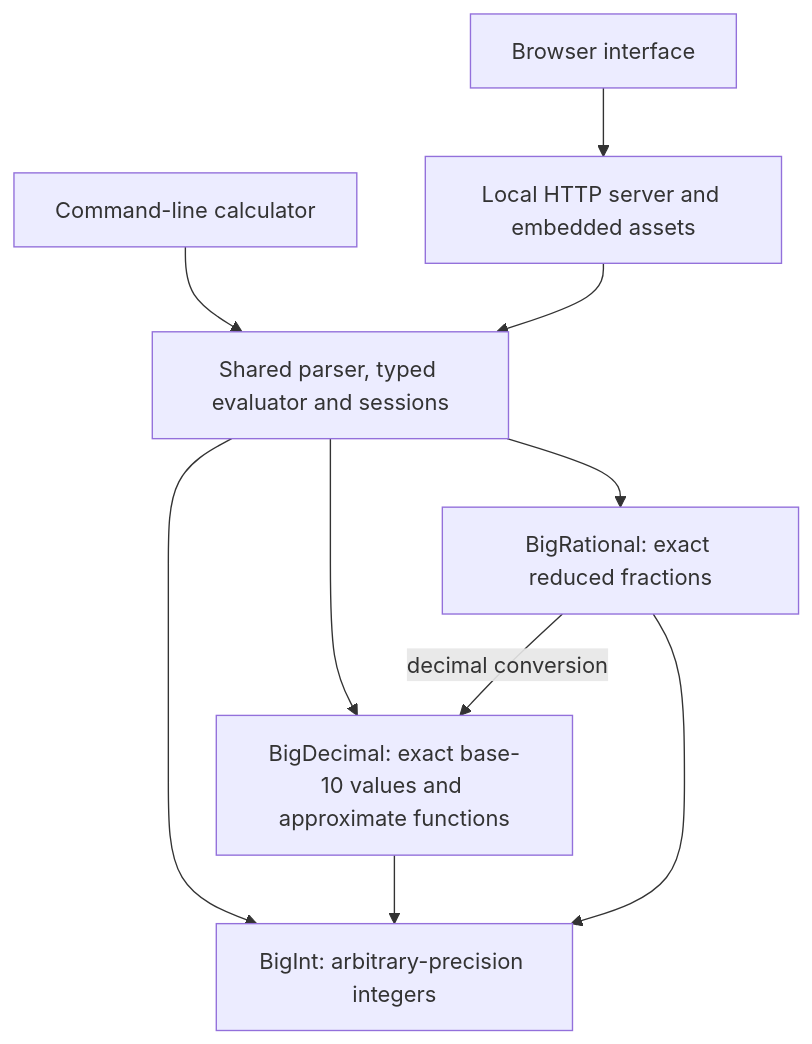
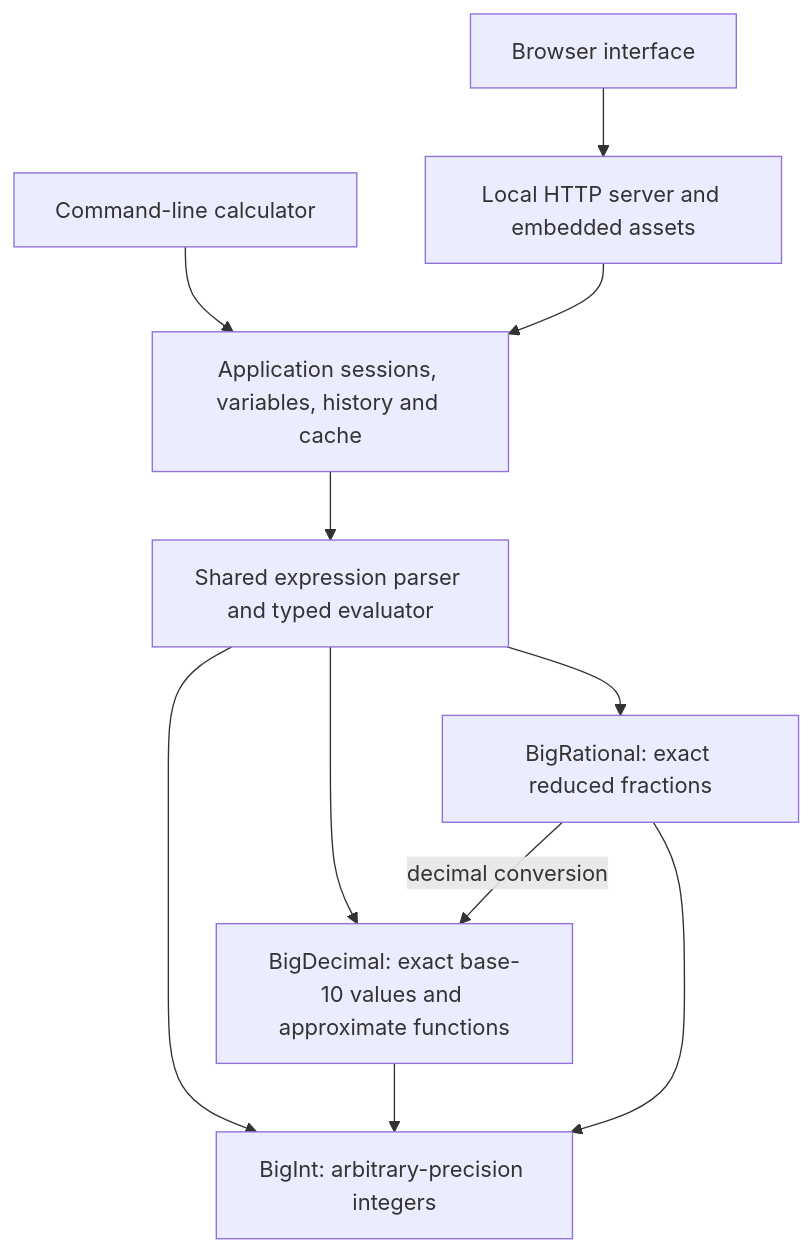
The diagram in README.md (Interacti0n/NumForge), drawn with Mermaid before and after one commit. The commit also changed other lines of this file and 65 other files, not shown here.

````diff
--- a/README.md
+++ b/README.md
@@ -148,12 +148,13 @@
 ```mermaid
 flowchart TD
-    CLI[Command-line calculator] --> Calculator
+    CLI[Command-line calculator] --> Application
     Web[Browser interface] --> HTTP[Local HTTP server and embedded assets]
-    HTTP --> Calculator[Shared parser, typed evaluator and sessions]
+    HTTP --> Application[Application sessions, variables, history and cache]
+    Application --> Calculator[Shared expression parser and typed evaluator]
     Calculator --> BI[BigInt: arbitrary-precision integers]
     Calculator --> BD[BigDecimal: exact base-10 values and approximate functions]
     Calculator --> BR[BigRational: exact reduced fractions]
     BD --> BI
     BR --> BI
     BR -->|decimal conversion| BD
 ```
````
